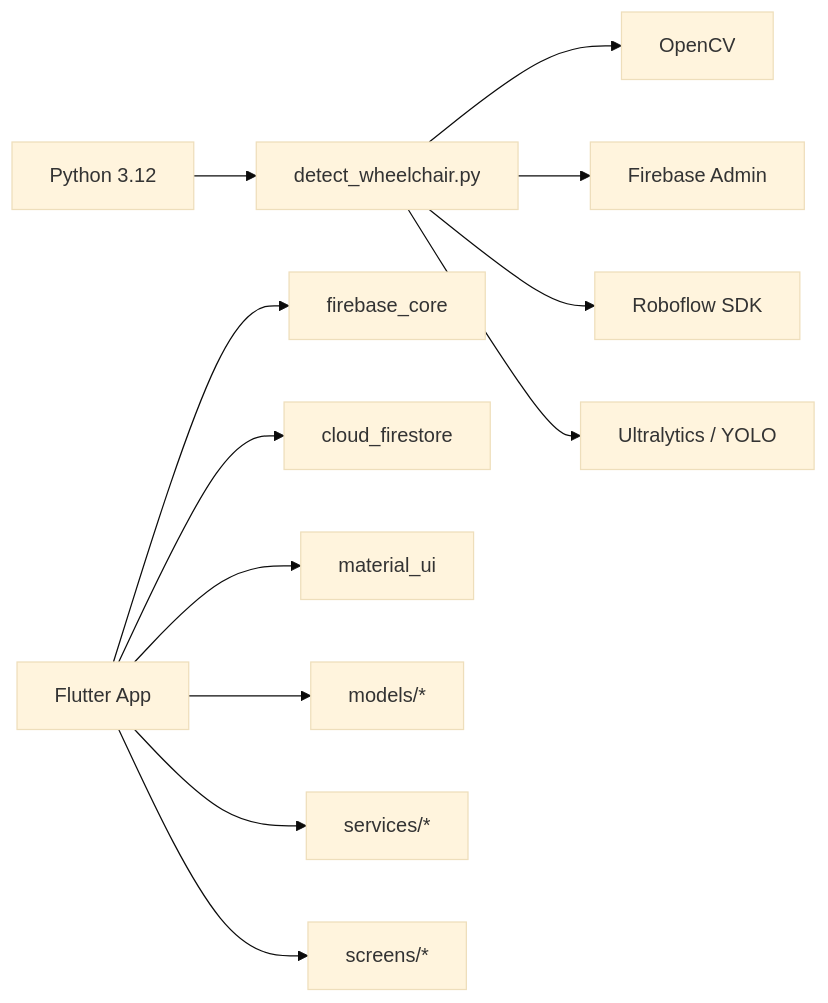
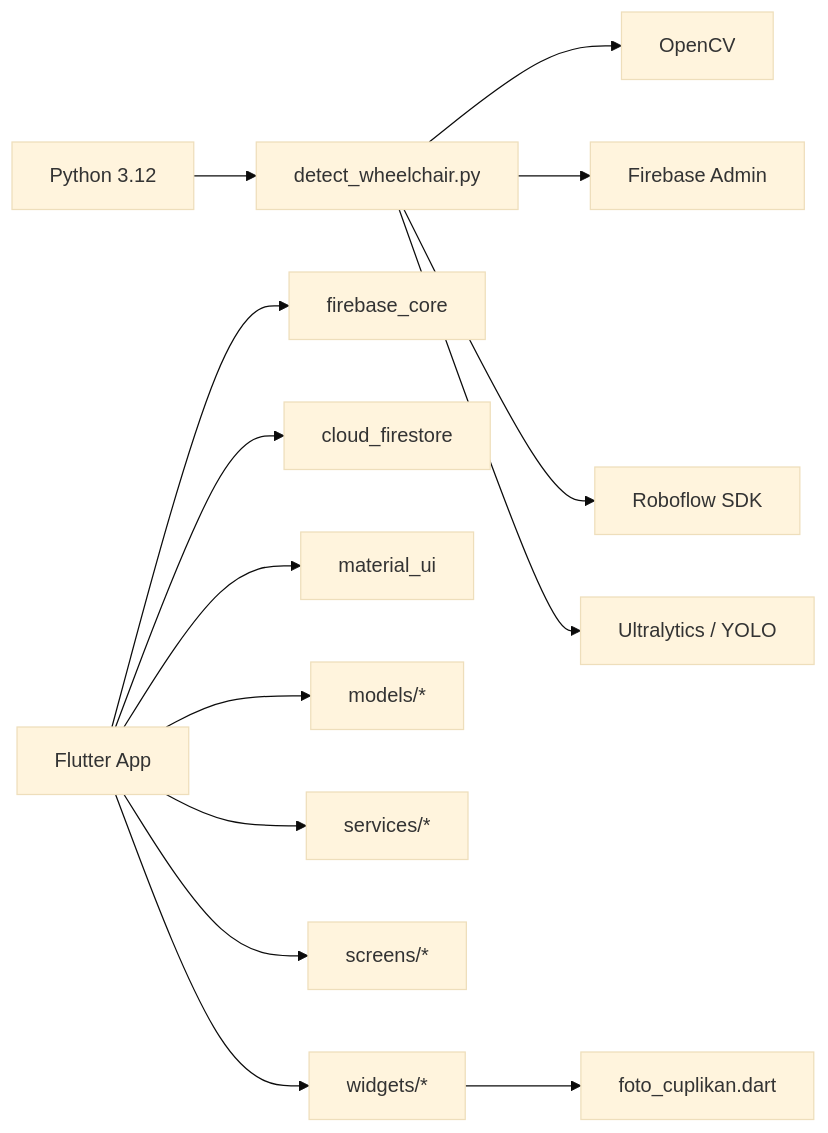
One commit to rdsarjito/whoosh-ramah changed diagram 11 of 11 in .qoder/repowiki/en/content/AI Detection System/Anonymous Photo Verification System.md. Above: the diagram before and after it, drawn with Mermaid (base theme). The commit also changed other lines of this file and 18 other files, not shown here.

````diff
--- a/.qoder/repowiki/en/content/AI Detection System/Anonymous Photo Verification System.md
+++ b/.qoder/repowiki/en/content/AI Detection System/Anonymous Photo Verification System.md
@@ -364,14 +503,16 @@
 ```mermaid
 graph LR
 PyEnv["Python 3.12"] --> Detector["detect_wheelchair.py"]
 Detector --> CV2["OpenCV"]
 Detector --> FirebaseAdmin["Firebase Admin"]
 Detector --> Roboflow["Roboflow SDK"]
 Detector --> Ultralytics["Ultralytics / YOLO"]
 FlutterApp["Flutter App"] --> FirebaseCore["firebase_core"]
 FlutterApp --> Firestore["cloud_firestore"]
 FlutterApp --> MaterialUI["material_ui"]
 FlutterApp --> Models["models/*"]
 FlutterApp --> Services["services/*"]
 FlutterApp --> Screens["screens/*"]
+FlutterApp --> Widgets["widgets/*"]
+Widgets --> FotoCuplikan["foto_cuplikan.dart"]
 ```
````
